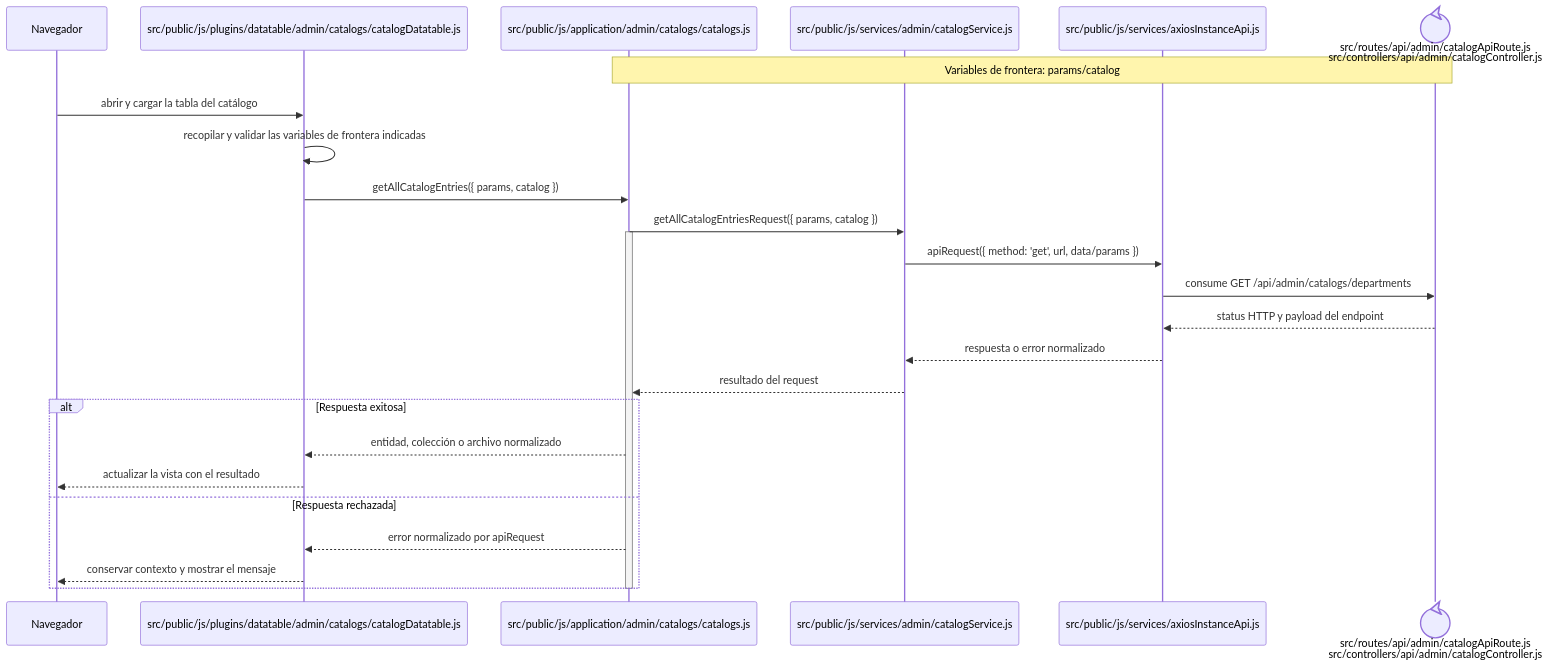
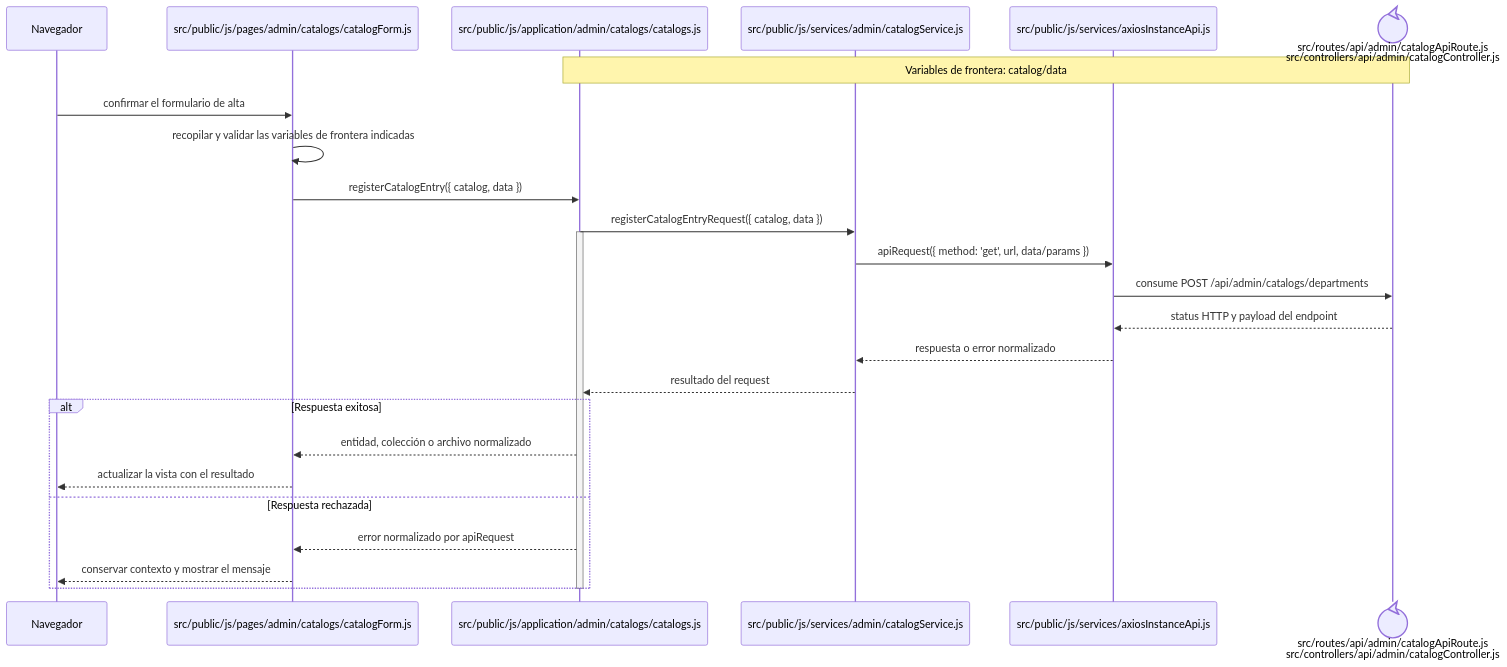
The diagram in docs/architecture/frontend-code-sequences/catalogs/cu-cat-10.md (gpgsistemas01/nexus), drawn with Mermaid before and after one commit. The commit also changed other lines of this file and 167 other files, not shown here.

````diff
--- a/docs/architecture/frontend-code-sequences/catalogs/cu-cat-10.md
+++ b/docs/architecture/frontend-code-sequences/catalogs/cu-cat-10.md
@@ -6,29 +6,29 @@
 ```mermaid
 sequenceDiagram
     participant Browser as Navegador
-    participant View as src/public/js/plugins/datatable/admin/catalogs/catalogDatatable.js
+    participant View as src/public/js/pages/admin/catalogs/catalogForm.js
     participant Application as src/public/js/application/admin/catalogs/catalogs.js
     participant Request as src/public/js/services/admin/catalogService.js
     participant HTTP as src/public/js/services/axiosInstanceApi.js
     participant Transport@{ "type": "control" } as src/routes/api/admin/catalogApiRoute.js<br/>src/controllers/api/admin/catalogController.js
-    Note over Application,Transport: Variables de frontera: params/catalog
+    Note over Application,Transport: Variables de frontera: catalog/data
 
-    Browser->>View: abrir y cargar la tabla del catálogo
+    Browser->>View: confirmar el formulario de alta
     View->>View: recopilar y validar las variables de frontera indicadas
-    View->>Application: getAllCatalogEntries({ params, catalog })
-    Application->>Request: getAllCatalogEntriesRequest({ params, catalog })
+    View->>Application: registerCatalogEntry({ catalog, data })
+    Application->>Request: registerCatalogEntryRequest({ catalog, data })
     activate Application
     Request->>HTTP: apiRequest({ method: 'get', url, data/params })
-    HTTP->>Transport: consume GET /api/admin/catalogs/departments
+    HTTP->>Transport: consume POST /api/admin/catalogs/departments
     Transport-->>HTTP: status HTTP y payload del endpoint
     HTTP-->>Request: respuesta o error normalizado
     Request-->>Application: resultado del request
     alt Respuesta exitosa
         Application-->>View: entidad, colección o archivo normalizado
         View-->>Browser: actualizar la vista con el resultado
     else Respuesta rechazada
         Application-->>View: error normalizado por apiRequest
         View-->>Browser: conservar contexto y mostrar el mensaje
     end
     deactivate Application
 ```
````
